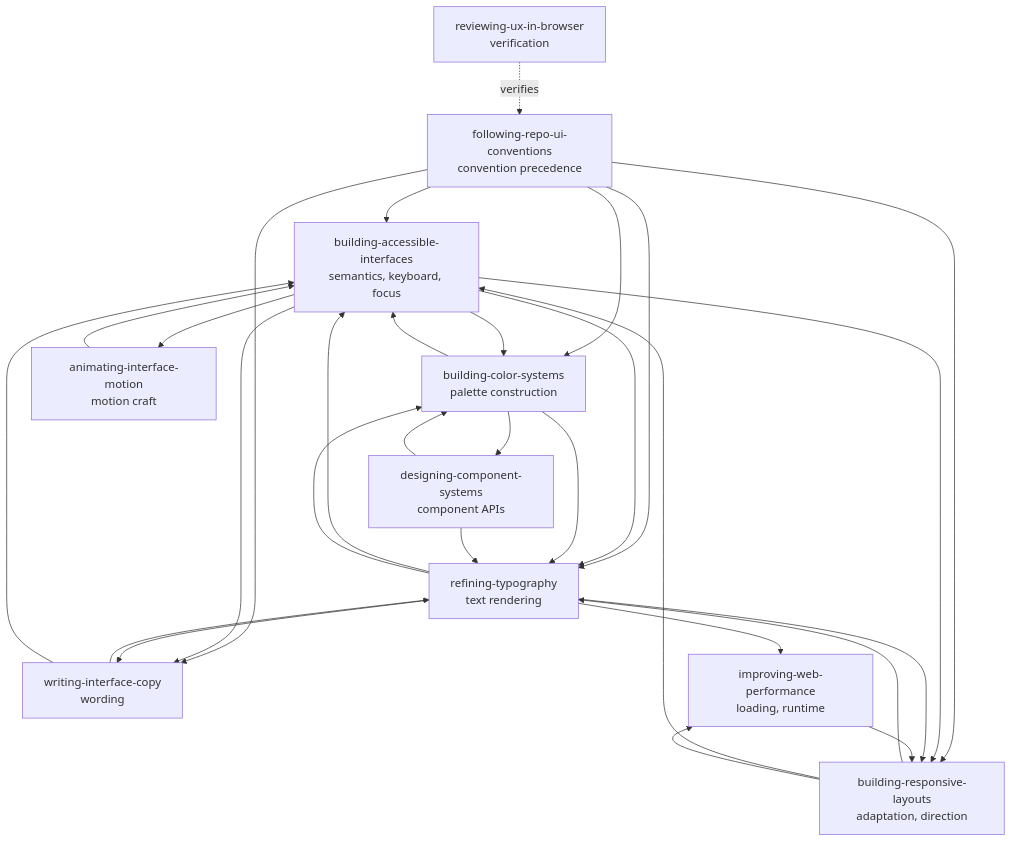
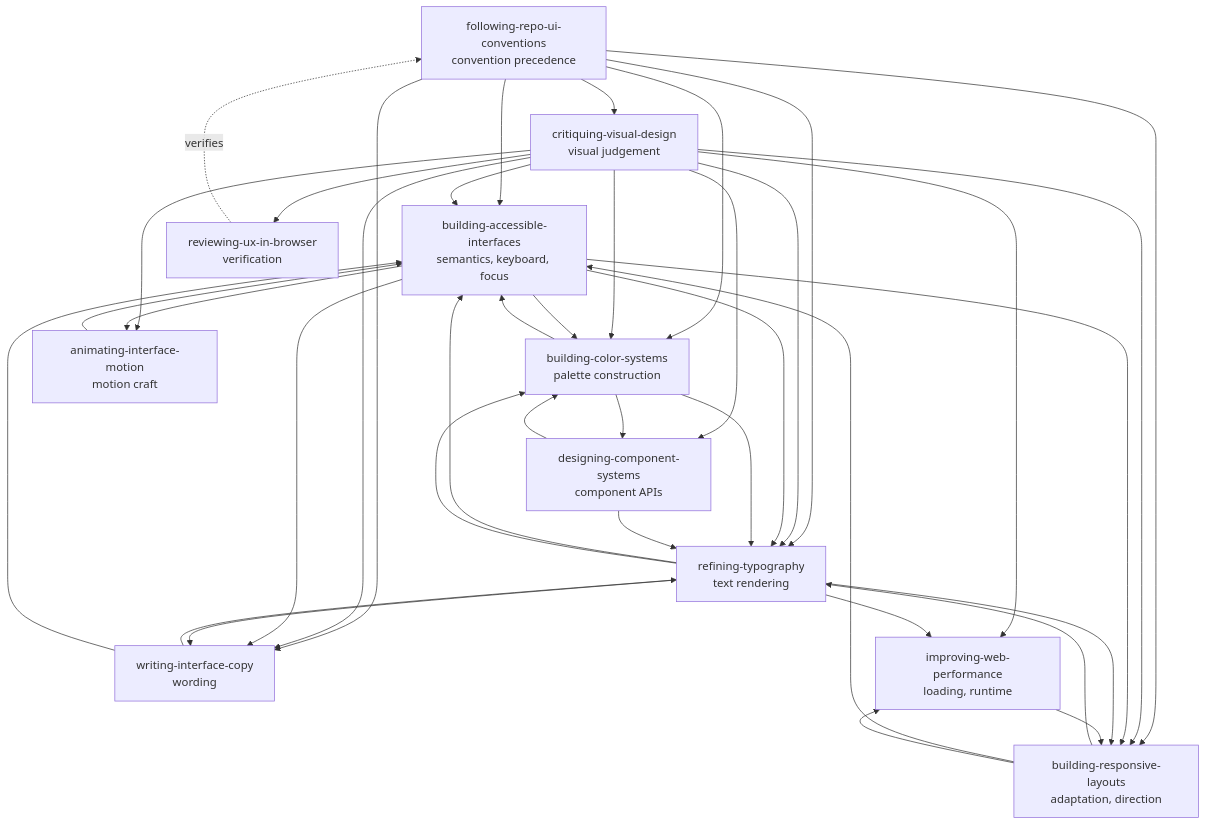
The first of 3 diagrams in .agents/skills/README.md (audacioustux/agents), drawn with Mermaid before and after one commit. The commit also changed other lines of this file and 4 other files, not shown here.

````diff
--- a/.agents/skills/README.md
+++ b/.agents/skills/README.md
@@ -75,25 +76,27 @@
 ```mermaid
 flowchart TD
   conv["following-repo-ui-conventions<br/>convention precedence"]
   a11y["building-accessible-interfaces<br/>semantics, keyboard, focus"]
   layout["building-responsive-layouts<br/>adaptation, direction"]
   type["refining-typography<br/>text rendering"]
   color["building-color-systems<br/>palette construction"]
   copy["writing-interface-copy<br/>wording"]
   comp["designing-component-systems<br/>component APIs"]
   perf["improving-web-performance<br/>loading, runtime"]
   motion["animating-interface-motion<br/>motion craft"]
   browser["reviewing-ux-in-browser<br/>verification"]
+  critique["critiquing-visual-design<br/>visual judgement"]
 
-  conv --> a11y & layout & type & color & copy
+  conv --> a11y & layout & type & color & copy & critique
+  critique --> comp & color & a11y & type & copy & layout & motion & perf & browser
   a11y --> color & type & copy & layout & motion
   layout --> type & a11y & perf
   type --> a11y & color & copy & perf & layout
   color --> a11y & comp & type
   copy --> type & a11y
   comp --> color & type
   motion --> a11y
   perf --> layout
 
   browser -.->|verifies| conv
 ```
````
